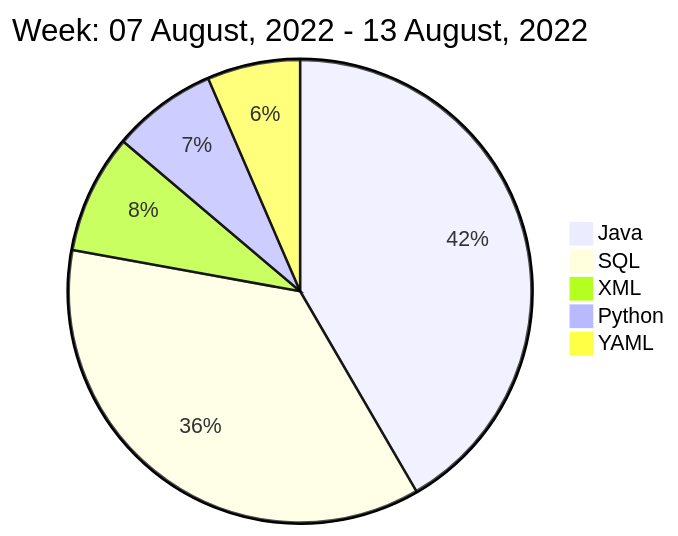
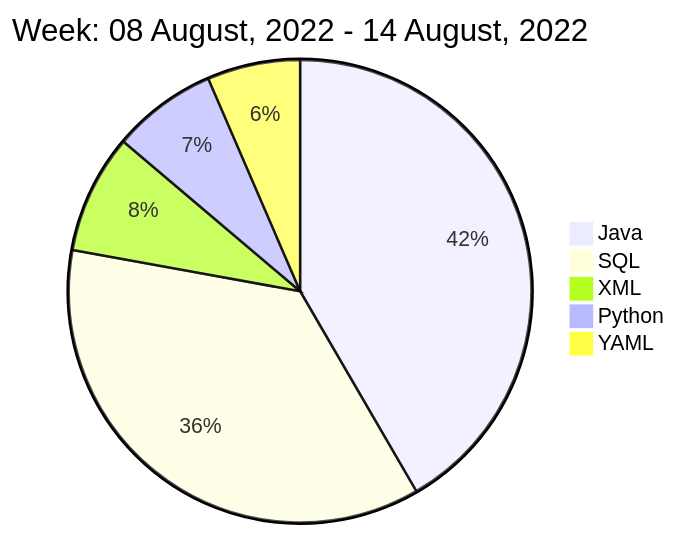
The diagram in README.md (liubin95/liubin95), drawn with Mermaid before and after one commit.

Commit message:
Updated the Graph with new Metrics

````diff
--- a/README.md
+++ b/README.md
@@ -40,9 +40,9 @@
 ```mermaid
  pie
-title Week: 07 August, 2022 - 13 August, 2022
+title Week: 08 August, 2022 - 14 August, 2022
  "Java" : 7.5
  "SQL" : 6.53
  "XML" : 1.5
  "Python" : 1.32
  "YAML" : 1.17
 ```
````
